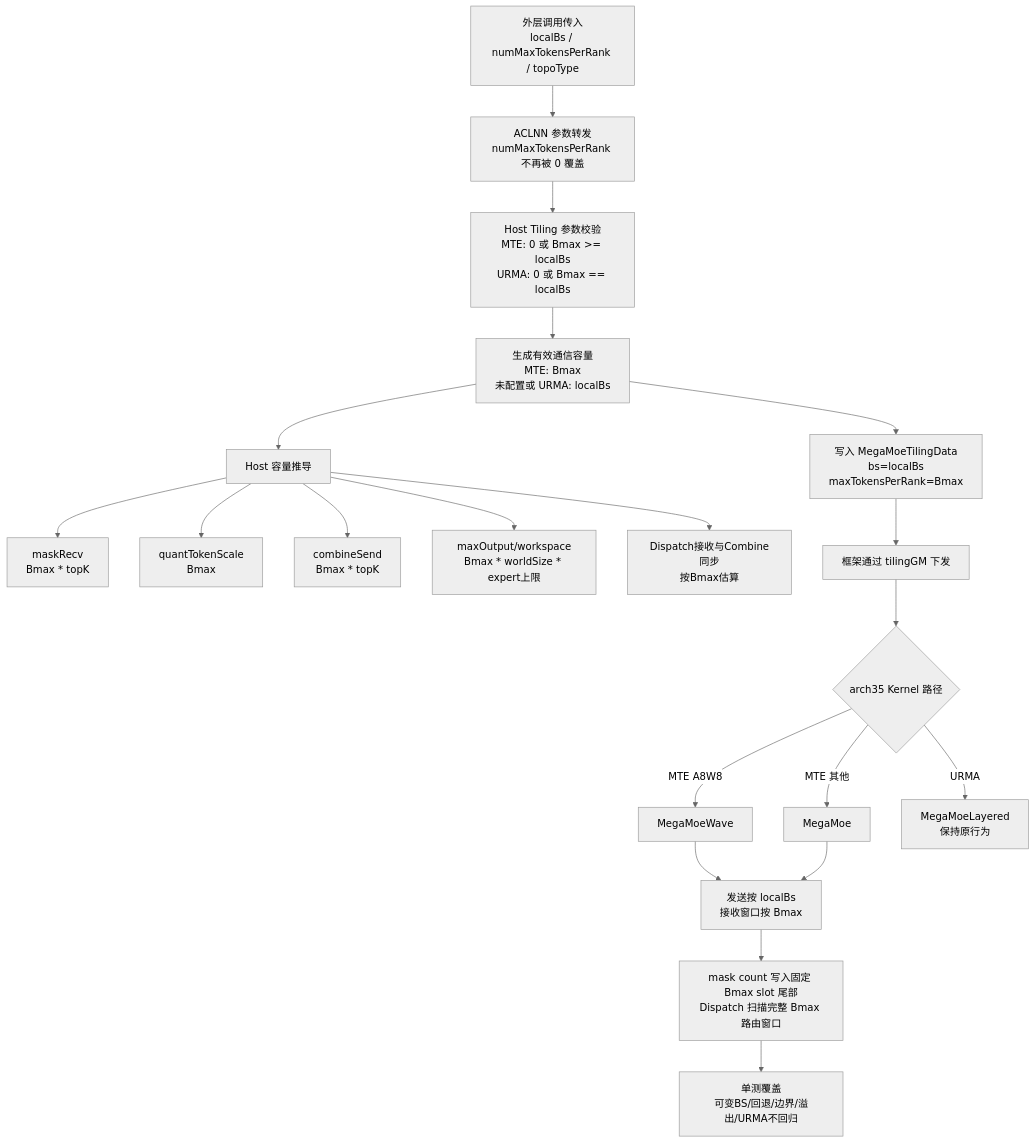
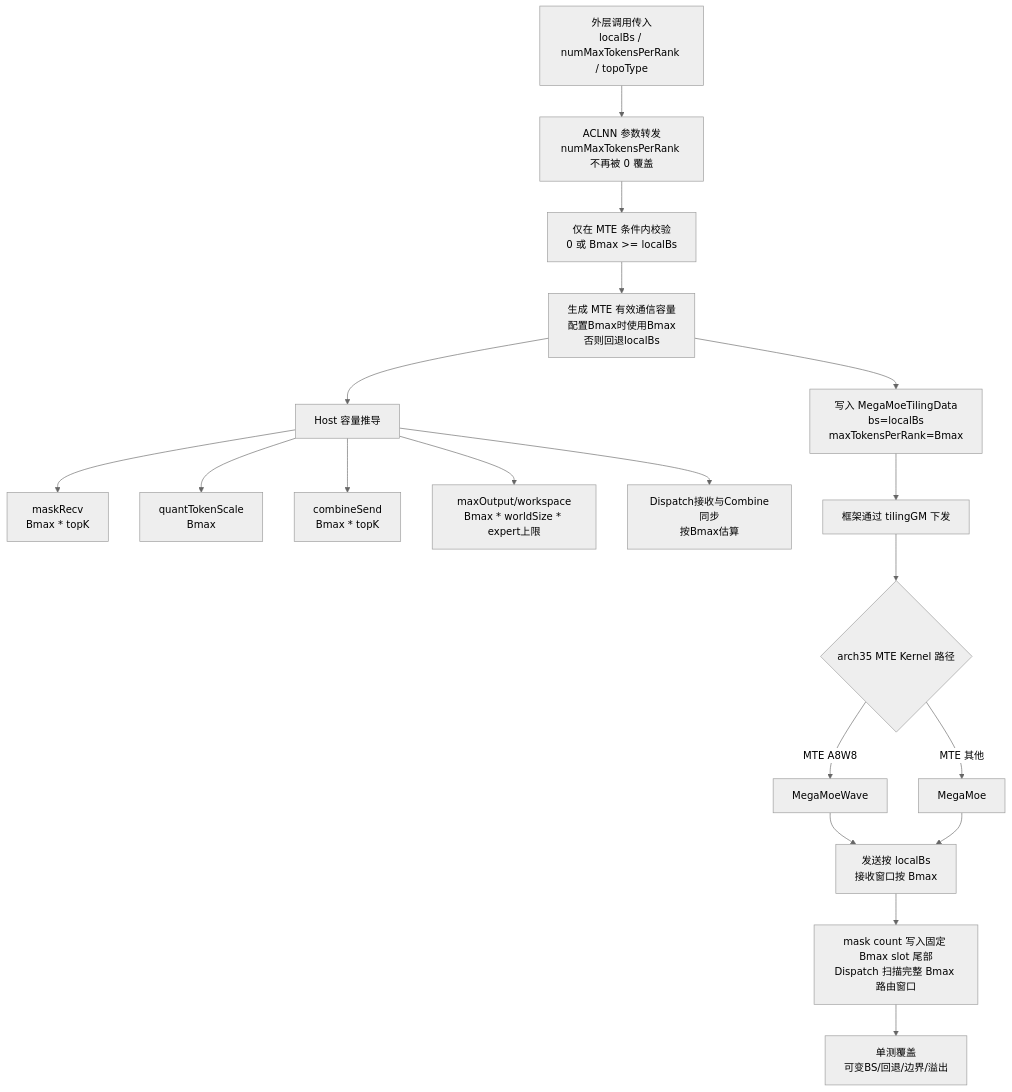
One commit to ChunnX/ops-transformer changed the diagram in mc2/mega_moe/ARCH35_MTE_VARIABLE_BS_MODIFICATION.md. Above: the diagram before and after it, drawn with Mermaid (neutral theme). The commit also changed other lines of this file and 3 other files, not shown here.

Commit message:
fix(mega_moe): scope variable BS logic to MTE only

````diff
--- a/mc2/mega_moe/ARCH35_MTE_VARIABLE_BS_MODIFICATION.md
+++ b/mc2/mega_moe/ARCH35_MTE_VARIABLE_BS_MODIFICATION.md
@@ -3,22 +3,21 @@
 ```mermaid
 flowchart TD
     A[外层调用传入<br/>localBs / numMaxTokensPerRank / topoType] --> B[ACLNN 参数转发<br/>numMaxTokensPerRank 不再被 0 覆盖]
-    B --> C[Host Tiling 参数校验<br/>MTE: 0 或 Bmax >= localBs<br/>URMA: 0 或 Bmax == localBs]
-    C --> D[生成有效通信容量<br/>MTE: Bmax<br/>未配置或 URMA: localBs]
+    B --> C[仅在 MTE 条件内校验<br/>0 或 Bmax >= localBs]
+    C --> D[生成 MTE 有效通信容量<br/>配置Bmax时使用Bmax<br/>否则回退localBs]
     D --> E[写入 MegaMoeTilingData<br/>bs=localBs<br/>maxTokensPerRank=Bmax]
     D --> F[Host 容量推导]
     F --> F1[maskRecv<br/>Bmax * topK]
     F --> F2[quantTokenScale<br/>Bmax]
     F --> F3[combineSend<br/>Bmax * topK]
     F --> F4[maxOutput/workspace<br/>Bmax * worldSize * expert上限]
     F --> F5[Dispatch接收与Combine同步<br/>按Bmax估算]
     E --> G[框架通过 tilingGM 下发]
-    G --> H{arch35 Kernel 路径}
+    G --> H{arch35 MTE Kernel 路径}
     H -->|MTE A8W8| I[MegaMoeWave]
     H -->|MTE 其他| J[MegaMoe]
-    H -->|URMA| K[MegaMoeLayered<br/>保持原行为]
     I --> L[发送按 localBs<br/>接收窗口按 Bmax]
     J --> L
     L --> M[mask count 写入固定 Bmax slot 尾部<br/>Dispatch 扫描完整 Bmax 路由窗口]
-    M --> N[单测覆盖<br/>可变BS/回退/边界/溢出/URMA不回归]
+    M --> N[单测覆盖<br/>可变BS/回退/边界/溢出]
 ```
````
